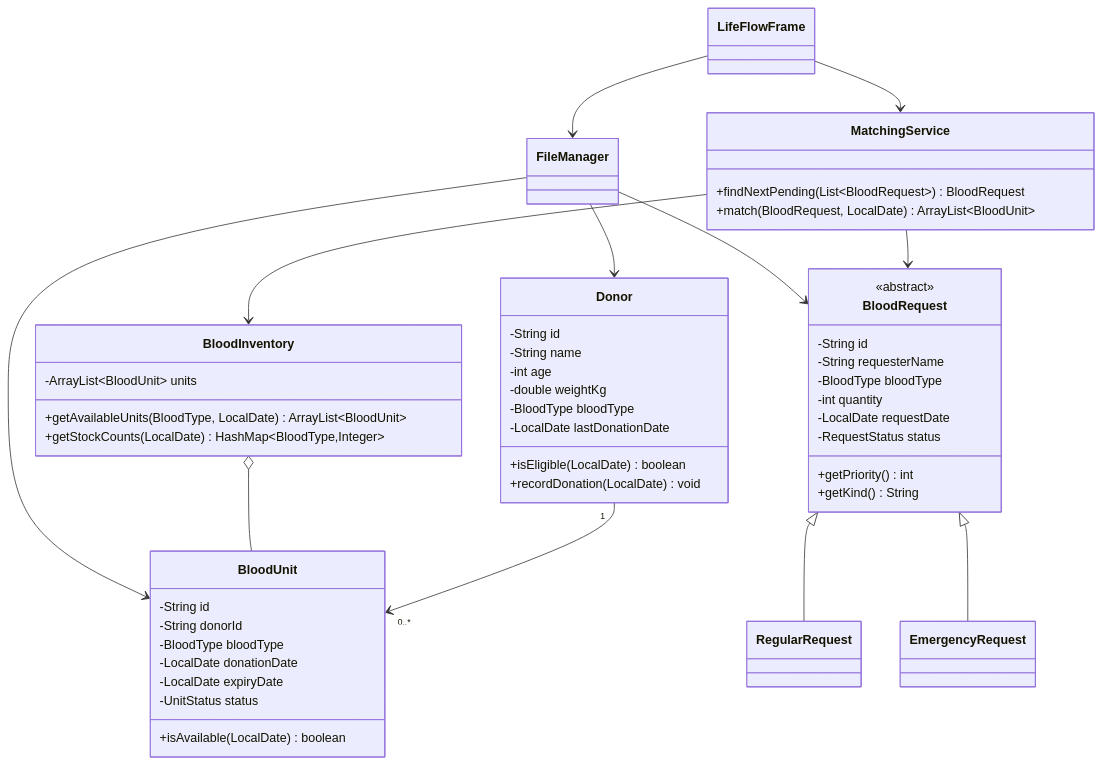
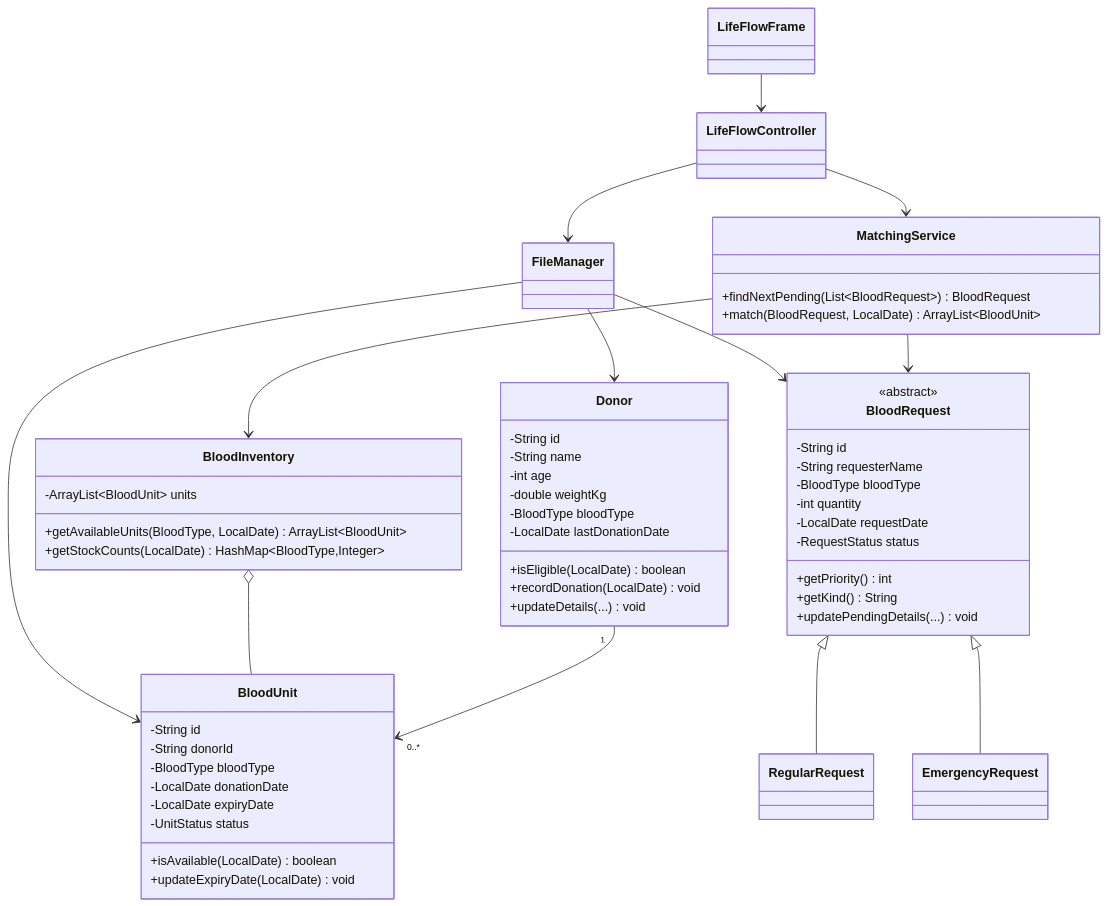
The diagram in docs/architecture.md (moha-r/LifeFlow), drawn with Mermaid before and after one commit. The commit also changed other lines of this file and 23 other files, not shown here.

Commit message:
feat: modernize LifeFlow desktop experience

````diff
--- a/docs/architecture.md
+++ b/docs/architecture.md
@@ -18,58 +18,63 @@
 ```mermaid
 classDiagram
     class Donor {
         -String id
         -String name
         -int age
         -double weightKg
         -BloodType bloodType
         -LocalDate lastDonationDate
         +isEligible(LocalDate) boolean
         +recordDonation(LocalDate) void
+        +updateDetails(...) void
     }
     class BloodUnit {
         -String id
         -String donorId
         -BloodType bloodType
         -LocalDate donationDate
         -LocalDate expiryDate
         -UnitStatus status
         +isAvailable(LocalDate) boolean
+        +updateExpiryDate(LocalDate) void
     }
     class BloodRequest {
         <<abstract>>
         -String id
         -String requesterName
         -BloodType bloodType
         -int quantity
         -LocalDate requestDate
         -RequestStatus status
         +getPriority() int
         +getKind() String
+        +updatePendingDetails(...) void
     }
     class RegularRequest
     class EmergencyRequest
     class BloodInventory {
         -ArrayList~BloodUnit~ units
         +getAvailableUnits(BloodType, LocalDate) ArrayList~BloodUnit~
         +getStockCounts(LocalDate) HashMap~BloodType,Integer~
     }
     class MatchingService {
         +findNextPending(List~BloodRequest~) BloodRequest
         +match(BloodRequest, LocalDate) ArrayList~BloodUnit~
     }
     class FileManager
+    class LifeFlowController
     class LifeFlowFrame
 
     BloodRequest <|-- RegularRequest
     BloodRequest <|-- EmergencyRequest
     Donor "1" --> "0..*" BloodUnit
     BloodInventory o-- BloodUnit
     MatchingService --> BloodInventory
     MatchingService --> BloodRequest
     FileManager --> Donor
     FileManager --> BloodUnit
     FileManager --> BloodRequest
-    LifeFlowFrame --> MatchingService
-    LifeFlowFrame --> FileManager
+    LifeFlowController --> MatchingService
+    LifeFlowController --> FileManager
+    LifeFlowFrame --> LifeFlowController
 ```
````
